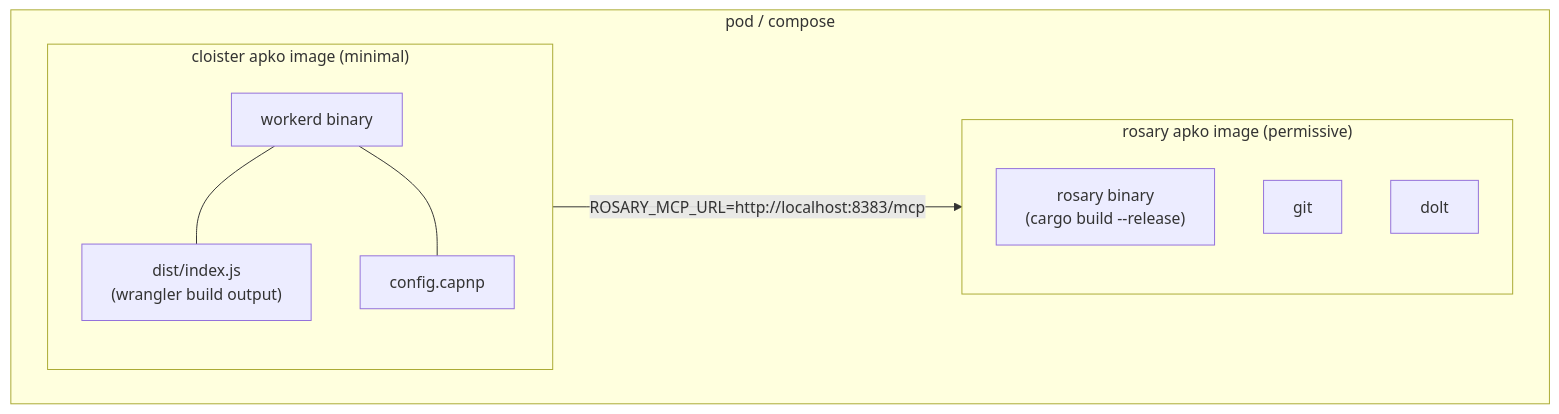
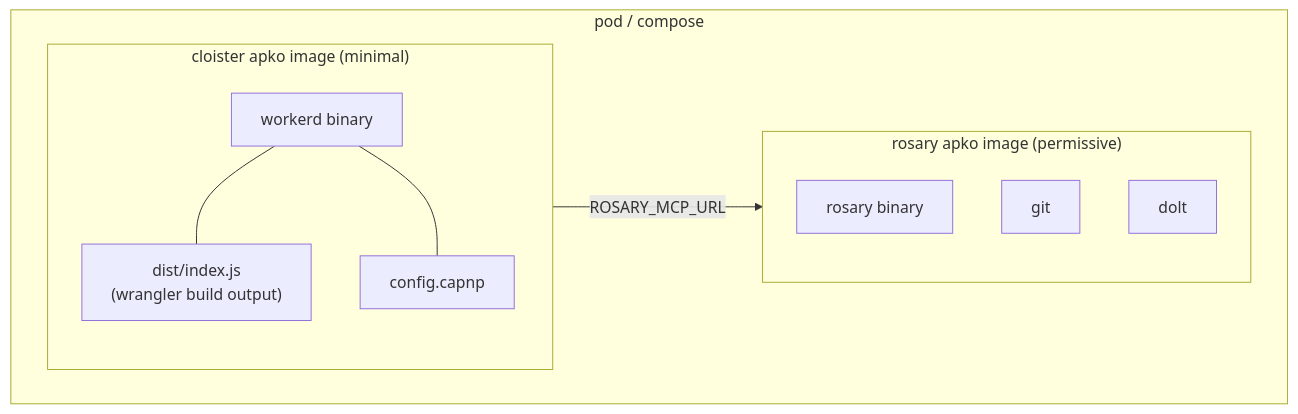
Before and after one commit to agentic-research/cloister: the tenth of 10 diagrams in docs/ARCHITECTURE.md, drawn with Mermaid. The commit also changed other lines of this file and 5 other files, not shown here.

First line of the commit message:
docs: refresh README + ARCHITECTURE for ADR-0002, add GETTING-STARTED

````diff
--- a/docs/ARCHITECTURE.md
+++ b/docs/ARCHITECTURE.md
@@ -129,20 +258,20 @@
 ```mermaid
 graph TB
     subgraph cloister_pkg ["cloister apko image (minimal)"]
         WD["workerd binary"]
         JS["dist/index.js\n(wrangler build output)"]
         CFG["config.capnp"]
         WD --- JS
         WD --- CFG
     end
 
     subgraph rosary_pkg ["rosary apko image (permissive)"]
-        RB["rosary binary\n(cargo build --release)"]
+        RB["rosary binary"]
         GIT["git"]
         DOLT["dolt"]
     end
 
     subgraph compose ["pod / compose"]
-        cloister_pkg -->|ROSARY_MCP_URL=http://localhost:8383/mcp| rosary_pkg
+        cloister_pkg -->|ROSARY_MCP_URL| rosary_pkg
     end
 ```
````
